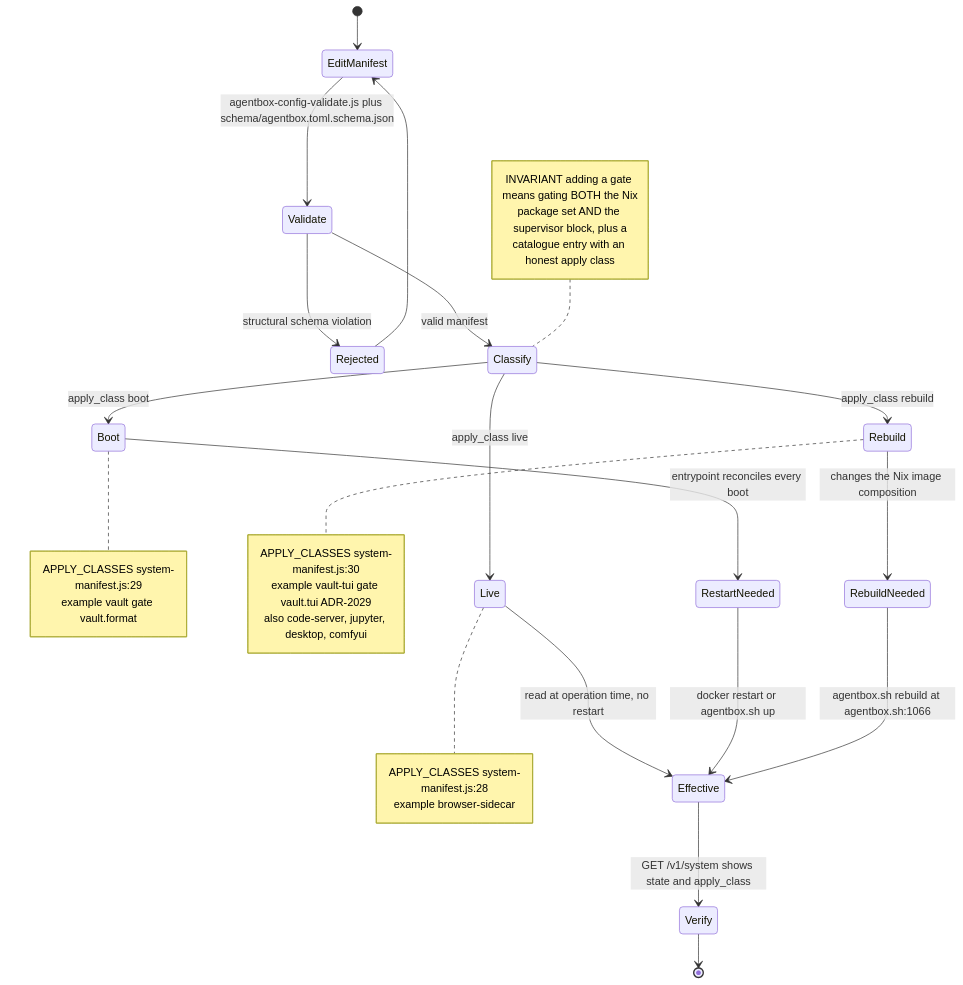
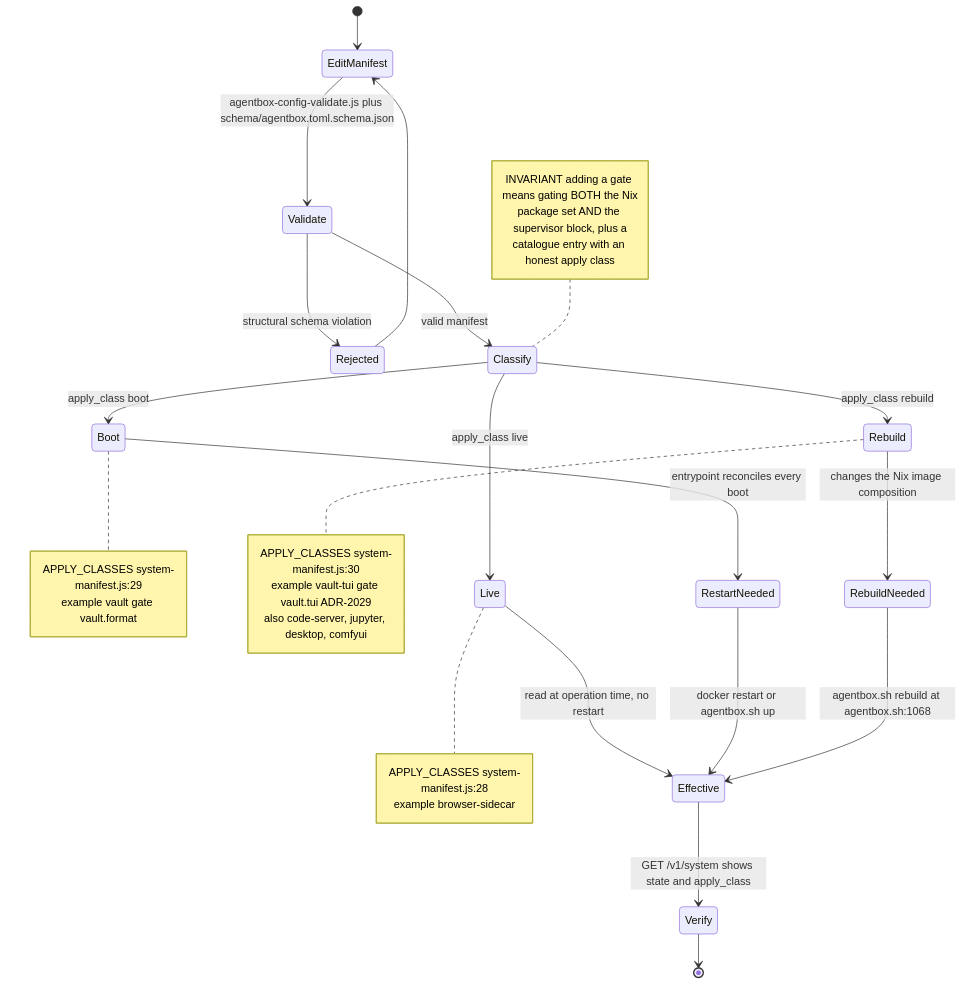
Before and after one commit to DreamLab-AI/VisionFlow: the ninth of 14 diagrams in docs/diagrams/agentbox/05-manifest-gates-and-cli.md, drawn with Mermaid. The commit also changed other lines of this file and 94 other files, not shown here.

First line of the commit message:
docs(diagrams): re-verify 130 topics against 2 October HEADs

````diff
--- a/docs/diagrams/agentbox/05-manifest-gates-and-cli.md
+++ b/docs/diagrams/agentbox/05-manifest-gates-and-cli.md
@@ -270,40 +270,40 @@
 ```mermaid
 stateDiagram-v2
     [*] --> EditManifest
     EditManifest --> Validate: agentbox-config-validate.js plus schema/agentbox.toml.schema.json
     Validate --> Rejected: structural schema violation
     Validate --> Classify: valid manifest
     Rejected --> EditManifest
 
     Classify --> Live: apply_class live
     Classify --> Boot: apply_class boot
     Classify --> Rebuild: apply_class rebuild
 
     Live --> Effective: read at operation time, no restart
     Boot --> RestartNeeded: entrypoint reconciles every boot
     RestartNeeded --> Effective: docker restart or agentbox.sh up
     Rebuild --> RebuildNeeded: changes the Nix image composition
-    RebuildNeeded --> Effective: agentbox.sh rebuild at agentbox.sh:1066
+    RebuildNeeded --> Effective: agentbox.sh rebuild at agentbox.sh:1068
 
     Effective --> Verify: GET /v1/system shows state and apply_class
     Verify --> [*]
 
     note right of Live
         APPLY_CLASSES system-manifest.js:28
         example browser-sidecar
     end note
     note right of Boot
         APPLY_CLASSES system-manifest.js:29
         example vault gate vault.format
     end note
     note right of Rebuild
         APPLY_CLASSES system-manifest.js:30
         example vault-tui gate vault.tui ADR-2029
         also code-server, jupyter, desktop, comfyui
     end note
     note left of Classify
         INVARIANT adding a gate means gating BOTH the Nix
         package set AND the supervisor block, plus a
         catalogue entry with an honest apply class
     end note
 ```
````
